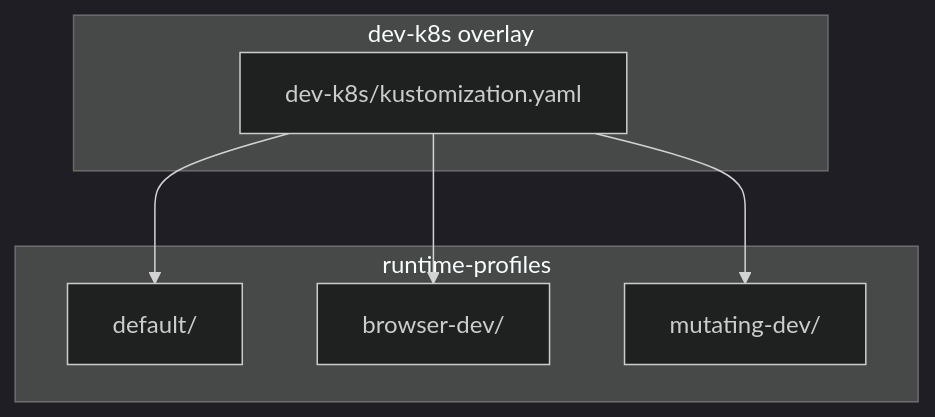
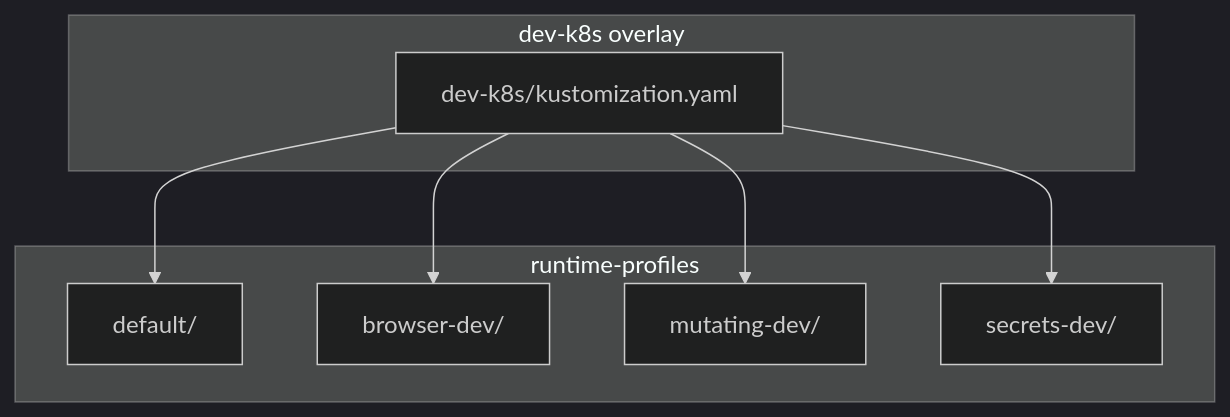
One commit to metasync/luban-aiops changed the first of 7 diagrams in .qoder/repowiki/en/content/Deployment and Operations/Kubernetes Deployment/Runtime Profiles.md. Above: the diagram before and after it, drawn with Mermaid (dark theme). The commit also changed other lines of this file and 56 other files, not shown here.

````diff
--- a/.qoder/repowiki/en/content/Deployment and Operations/Kubernetes Deployment/Runtime Profiles.md
+++ b/.qoder/repowiki/en/content/Deployment and Operations/Kubernetes Deployment/Runtime Profiles.md
@@ -50,14 +56,16 @@
 ```mermaid
 graph TB
 subgraph "dev-k8s overlay"
 D["dev-k8s/kustomization.yaml"]
 end
 subgraph "runtime-profiles"
 DEF["default/"]
 BR["browser-dev/"]
 MUT["mutating-dev/"]
+SEC["secrets-dev/"]
 end
 D --> DEF
 D --> BR
 D --> MUT
+D --> SEC
 ```
````
